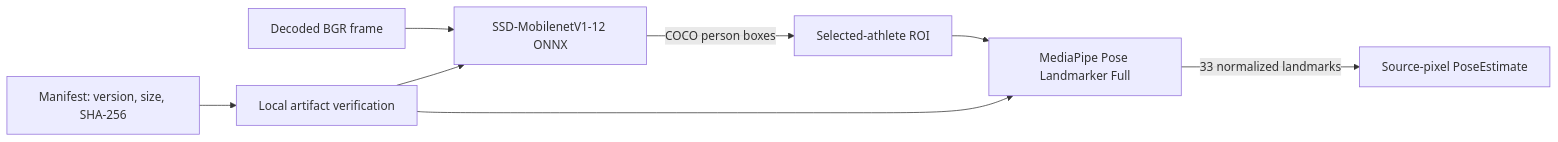
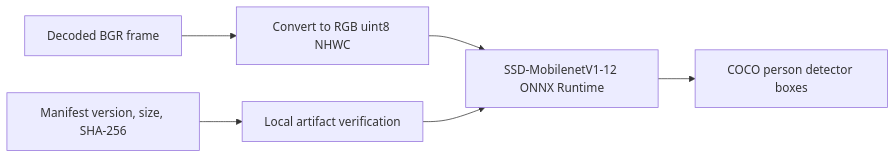
One commit to o0O96O0o/boulder-frame changed the diagram in docs/specs/worker/models.md. Above: the diagram before and after it, drawn with Mermaid. The commit also changed other lines of this file and 56 other files, not shown here.

````diff
--- a/docs/specs/worker/models.md
+++ b/docs/specs/worker/models.md
@@ -14,10 +13,8 @@
 ```mermaid
 flowchart LR
-  F[Decoded BGR frame] --> D[SSD-MobilenetV1-12 ONNX]
-  D -->|COCO person boxes| R[Selected-athlete ROI]
-  R --> P[MediaPipe Pose Landmarker Full]
-  P -->|33 normalized landmarks| S[Source-pixel PoseEstimate]
-  M[Manifest: version, size, SHA-256] --> V[Local artifact verification]
+  F[Decoded BGR frame] --> R[Convert to RGB uint8 NHWC]
+  R --> D[SSD-MobilenetV1-12 ONNX Runtime]
+  D --> B[COCO person detector boxes]
+  M[Manifest version, size, SHA-256] --> V[Local artifact verification]
   V --> D
-  V --> P
 ```
````
